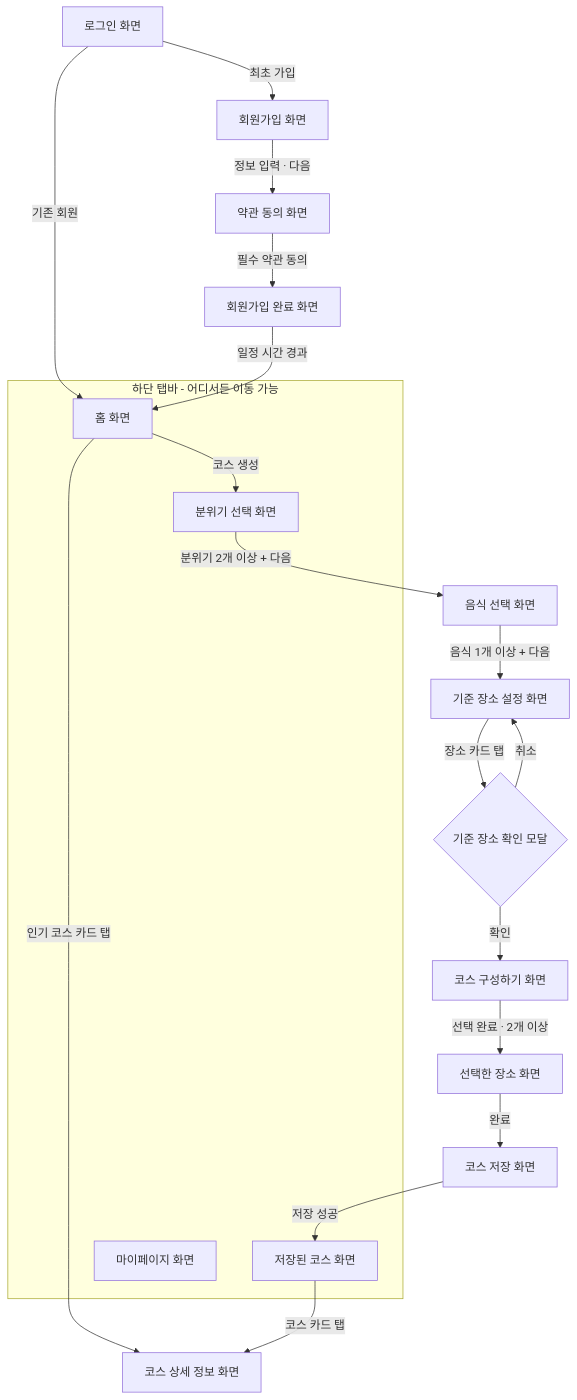
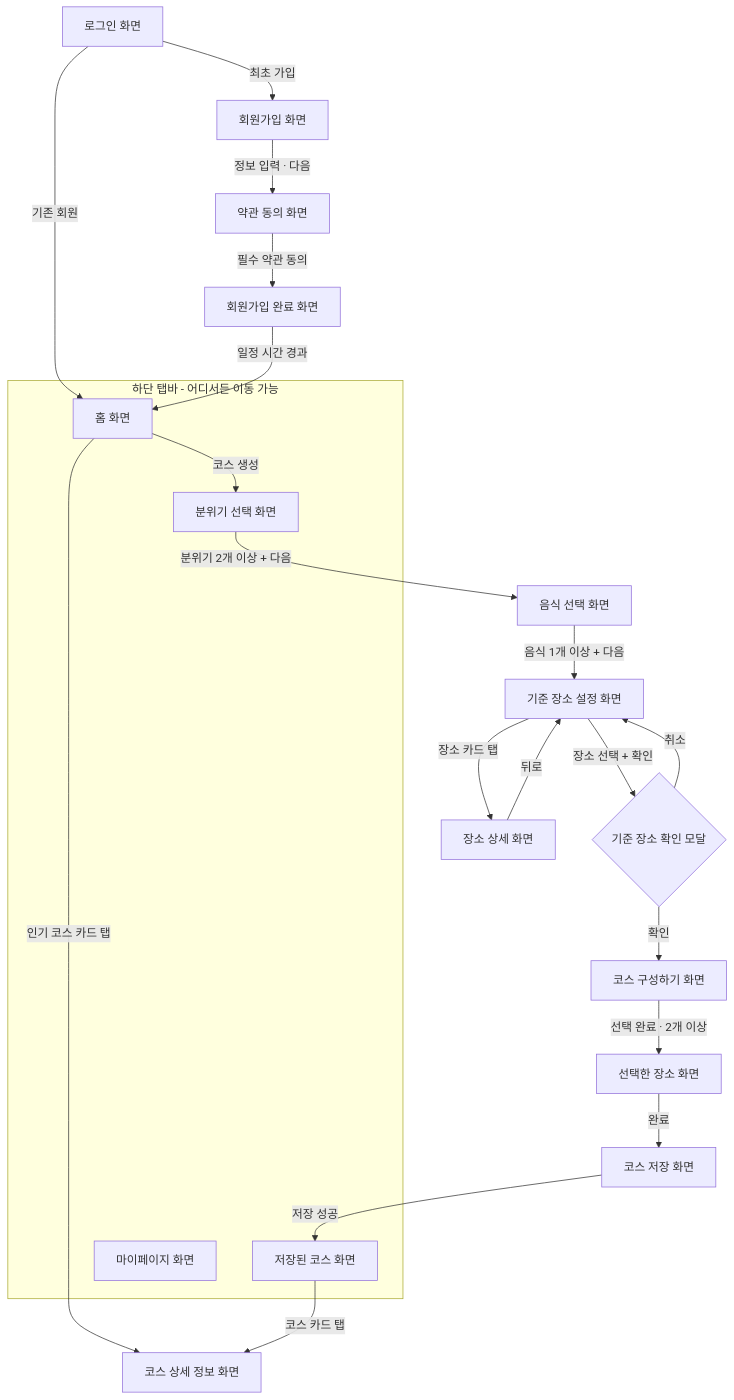
One commit to UMC-TODAIT/TODAIT_AOS changed the diagram in README.md. Above: the diagram before and after it, drawn with Mermaid. The commit also changed other lines of this file and 22 other files, not shown here.

First line of the commit message:
feat: 장소 상세 화면 + 기준 장소 진입 플로우 구현 (#18) (#24)

````diff
--- a/README.md
+++ b/README.md
@@ -130,28 +131,30 @@
 ```mermaid
 flowchart TD
     Login[로그인 화면] -->|최초 가입| Signup[회원가입 화면]
     Login -->|기존 회원| Home[홈 화면]
     Signup -->|정보 입력 · 다음| Terms[약관 동의 화면]
     Terms -->|필수 약관 동의| SignupComplete[회원가입 완료 화면]
     SignupComplete -->|일정 시간 경과| Home
 
     Home -->|코스 생성| Mood[분위기 선택 화면]
     Home -->|인기 코스 카드 탭| CourseDetail[코스 상세 정보 화면]
 
     Mood -->|분위기 2개 이상 + 다음| Food[음식 선택 화면]
     Food -->|음식 1개 이상 + 다음| BasePlace[기준 장소 설정 화면]
-    BasePlace -->|장소 카드 탭| Confirm{기준 장소 확인 모달}
+    BasePlace -->|장소 카드 탭| PlaceDetail[장소 상세 화면]
+    PlaceDetail -->|뒤로| BasePlace
+    BasePlace -->|장소 선택 + 확인| Confirm{기준 장소 확인 모달}
     Confirm -->|확인| Compose[코스 구성하기 화면]
     Confirm -->|취소| BasePlace
     Compose -->|선택 완료 · 2개 이상| Selected[선택한 장소 화면]
     Selected -->|완료| Save[코스 저장 화면]
     Save -->|저장 성공| Saved[저장된 코스 화면]
     Saved -->|코스 카드 탭| CourseDetail
 
     subgraph BottomTab[하단 탭바 - 어디서든 이동 가능]
         Home
         Mood
         Saved
         MyPage[마이페이지 화면]
     end
 ```
````
